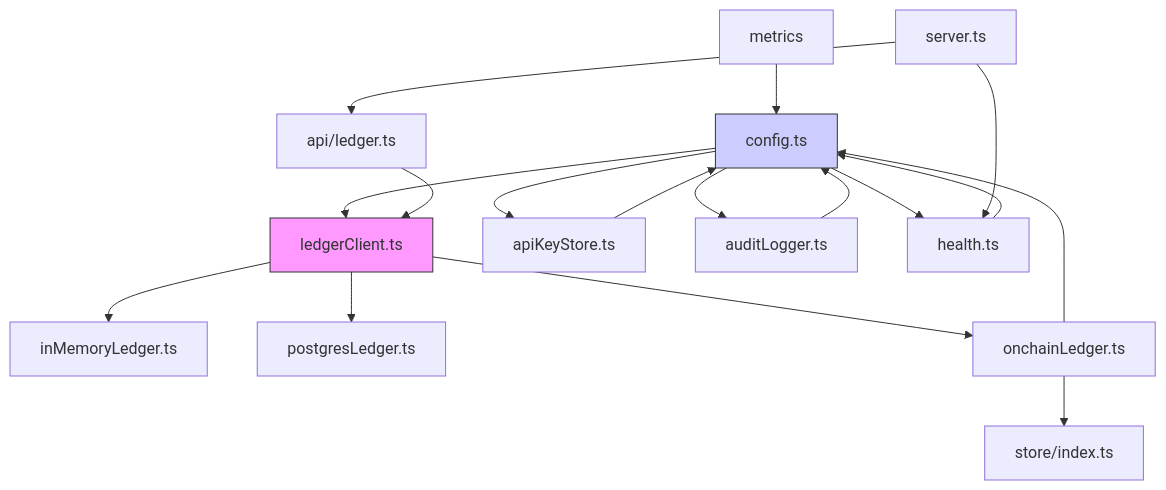
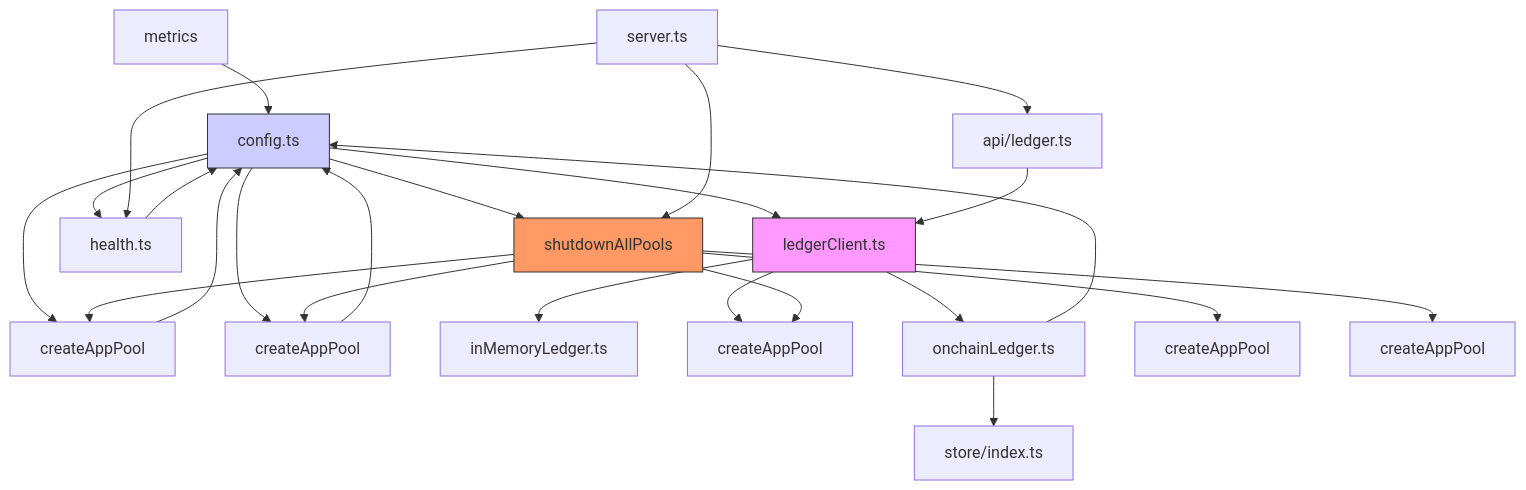
The tenth of 10 diagrams in .qoder/repowiki/en/content/Architecture/Backend Architecture/Infrastructure Services/Infrastructure Services.md (gaigenticai/escrowgrid), drawn with Mermaid before and after one commit. The commit also changed other lines of this file and 4 other files, not shown here.

````diff
--- a/.qoder/repowiki/en/content/Architecture/Backend Architecture/Infrastructure Services/Infrastructure Services.md
+++ b/.qoder/repowiki/en/content/Architecture/Backend Architecture/Infrastructure Services/Infrastructure Services.md
@@ -372,21 +444,29 @@
 ```mermaid
 graph TD
 config[config.ts] --> ledgerClient[ledgerClient.ts]
 config --> apiKeyStore[apiKeyStore.ts]
 config --> auditLogger[auditLogger.ts]
 config --> health[health.ts]
+config --> db[db.ts]
 ledgerClient --> inMemoryLedger[inMemoryLedger.ts]
 ledgerClient --> postgresLedger[postgresLedger.ts]
 ledgerClient --> onchainLedger[onchainLedger.ts]
 apiKeyStore --> config
 auditLogger --> config
 health --> config
 metrics --> config
 onchainLedger --> store[store/index.ts]
 onchainLedger --> config
 api[api/ledger.ts] --> ledgerClient
 server[server.ts] --> health
 server --> api
+server --> db[shutdownAllPools]
+db --> apiKeyStore[createAppPool]
+db --> auditLogger[createAppPool]
+db --> postgresLedger[createAppPool]
+db --> policyStore[createAppPool]
+db --> postgresStore[createAppPool]
 style config fill:#ccf,stroke:#333
 style ledgerClient fill:#f9f,stroke:#333
+style db fill:#f96,stroke:#333
 ```
````
